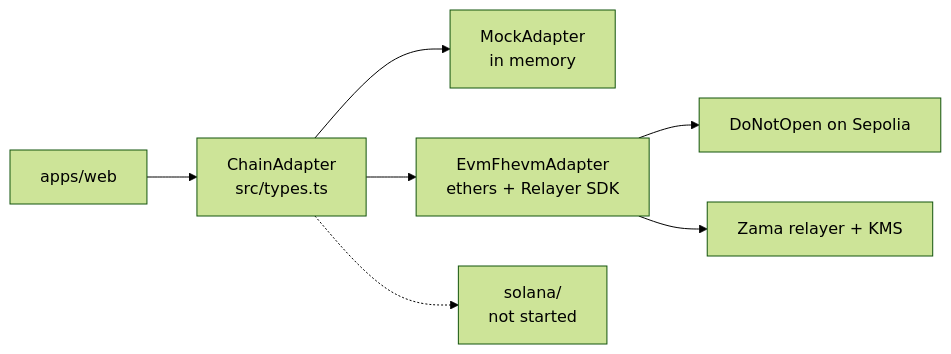
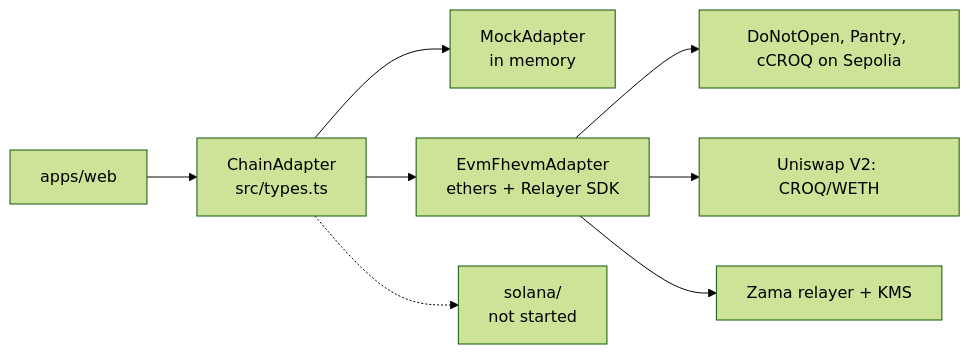
The first of 2 diagrams in packages/chain-adapter/README.md (jecombe/do_not_open), drawn with Mermaid (forest theme) before and after one commit. The commit also changed other lines of this file and 68 other files, not shown here.

````diff
--- a/packages/chain-adapter/README.md
+++ b/packages/chain-adapter/README.md
@@ -6,9 +6,10 @@
 ```mermaid
 flowchart LR
   web["apps/web"] --> iface["ChainAdapter<br/>src/types.ts"]
   iface --> mock["MockAdapter<br/>in memory"]
   iface --> evm["EvmFhevmAdapter<br/>ethers + Relayer SDK"]
   iface -.-> sol["solana/<br/>not started"]
-  evm --> contract["DoNotOpen on Sepolia"]
+  evm --> contract["DoNotOpen, Pantry, cCROQ on Sepolia"]
+  evm --> market["Uniswap V2: CROQ/WETH"]
   evm --> relayer["Zama relayer + KMS"]
 ```
````
